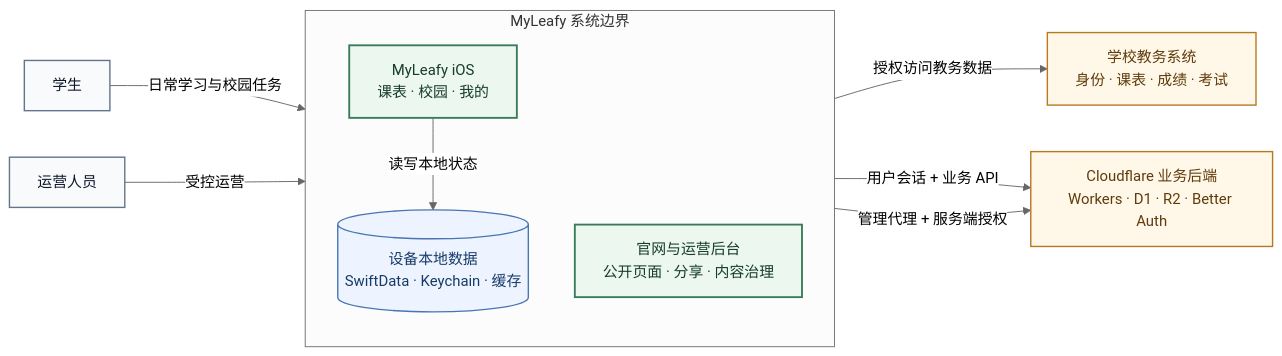
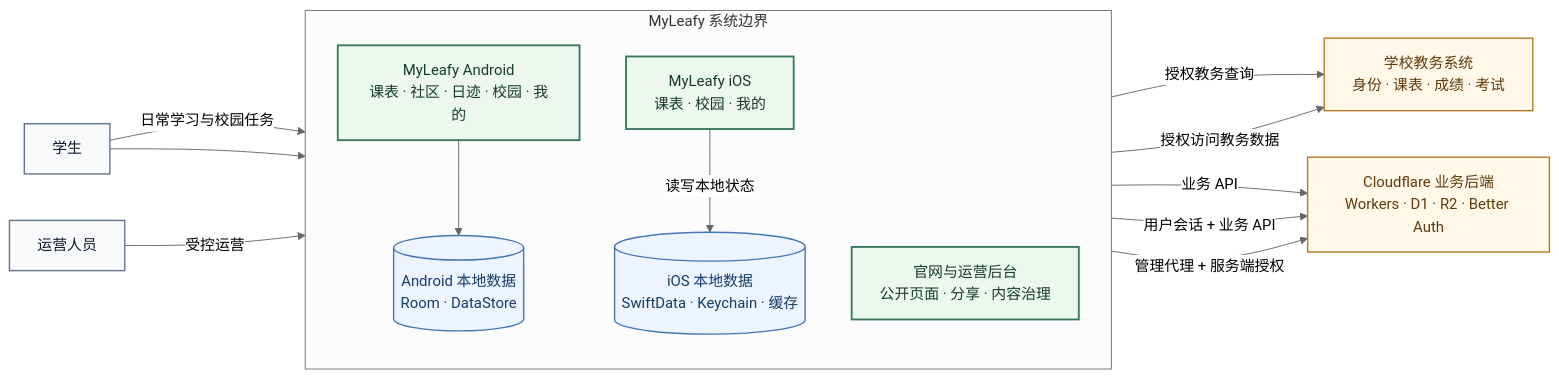
The diagram in README.md (IsaacHuo/MyLeafy), drawn with Mermaid (neutral theme) before and after one commit. The commit also changed other lines of this file and 15 other files, not shown here.

````diff
--- a/README.md
+++ b/README.md
@@ -29,31 +32,37 @@
 ```mermaid
 flowchart LR
     Student["学生"]
     Operator["运营人员"]
 
     subgraph Product["MyLeafy 系统边界"]
         direction TB
         IOS["MyLeafy iOS<br/>课表 · 校园 · 我的"]
-        Local[("设备本地数据<br/>SwiftData · Keychain · 缓存")]
+        Local[("iOS 本地数据<br/>SwiftData · Keychain · 缓存")]
+        Android["MyLeafy Android<br/>课表 · 社区 · 日迹 · 校园 · 我的"]
+        AndroidLocal[("Android 本地数据<br/>Room · DataStore")]
+        Android --> AndroidLocal
         Web["官网与运营后台<br/>公开页面 · 分享 · 内容治理"]
         IOS -->|读写本地状态| Local
     end
 
     School["学校教务系统<br/>身份 · 课表 · 成绩 · 考试"]
     Backend["Cloudflare 业务后端<br/>Workers · D1 · R2 · Better Auth"]
 
     Student -->|日常学习与校园任务| IOS
+    Student --> Android
+    Android -->|授权教务查询| School
+    Android -->|业务 API| Backend
     Operator -->|受控运营| Web
     IOS -->|授权访问教务数据| School
     IOS -->|用户会话 + 业务 API| Backend
     Web -->|管理代理 + 服务端授权| Backend
 
     classDef actor fill:#F8FAFC,stroke:#64748B,color:#0F172A,stroke-width:1.5px;
     classDef owned fill:#ECF7F0,stroke:#397A5A,color:#173C2B,stroke-width:2px;
     classDef external fill:#FFF8E8,stroke:#B7791F,color:#5F3B0B,stroke-width:1.5px;
     classDef data fill:#EDF4FF,stroke:#4776B5,color:#173B68,stroke-width:1.5px;
     class Student,Operator actor;
-    class IOS,Web owned;
+    class IOS,Android,Web owned;
     class School,Backend external;
-    class Local data;
+    class Local,AndroidLocal data;
 ```
````
